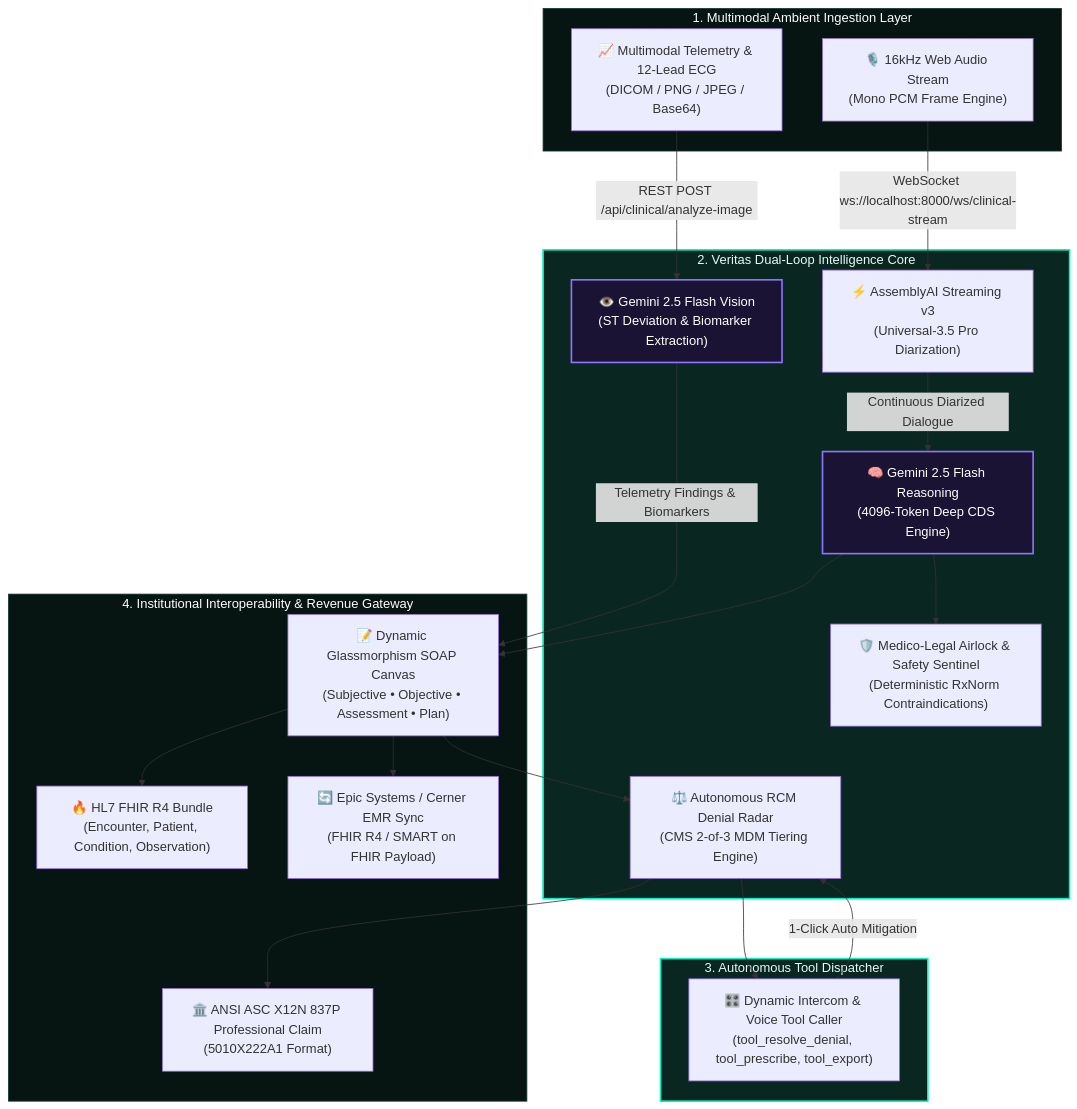
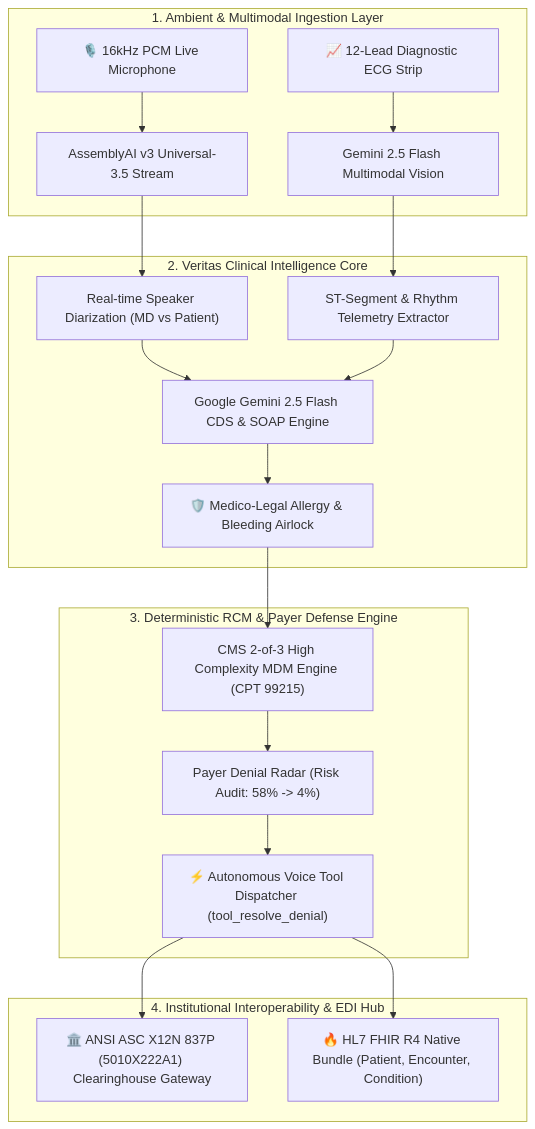
One commit to fokrulanthro16-eng/veritas-clinical-ai changed the diagram in README.md. Above: the diagram before and after it, drawn with Mermaid. The commit also changed other lines of this file and 5 other files, not shown here.

Commit message:
feat(enterprise): complete hackathon-winning architecture, Docker orchestration, and CI suite

````diff
--- a/README.md
+++ b/README.md
@@ -46,47 +64,26 @@
 ```mermaid
 flowchart TB
-    subgraph INGESTION["1. Multimodal Ambient Ingestion Layer"]
-        MIC["🎙️ 16kHz Web Audio Stream\n(Mono PCM Frame Engine)"]
-        ECG_IMG["📈 Multimodal Telemetry & 12-Lead ECG\n(DICOM / PNG / JPEG / Base64)"]
+    subgraph InputLayer ["1. Ambient & Multimodal Ingestion Layer"]
+        MIC["🎙️ 16kHz PCM Live Microphone"] --> AAI["AssemblyAI v3 Universal-3.5 Stream"]
+        ECG["📈 12-Lead Diagnostic ECG Strip"] --> GEM_VIS["Gemini 2.5 Flash Multimodal Vision"]
     end
 
-    subgraph ENGINE["2. Veritas Dual-Loop Intelligence Core"]
-        AAI["⚡ AssemblyAI Streaming v3\n(Universal-3.5 Pro Diarization)"]
-        GEMINI_V["👁️ Gemini 2.5 Flash Vision\n(ST Deviation & Biomarker Extraction)"]
-        GEMINI_CDS["🧠 Gemini 2.5 Flash Reasoning\n(4096-Token Deep CDS Engine)"]
-        SENTINEL["🛡️ Medico-Legal Airlock & Safety Sentinel\n(Deterministic RxNorm Contraindications)"]
-        RCM["⚖️ Autonomous RCM Denial Radar\n(CMS 2-of-3 MDM Tiering Engine)"]
+    subgraph CoreEngine ["2. Veritas Clinical Intelligence Core"]
+        AAI --> DIAR["Real-time Speaker Diarization (MD vs Patient)"]
+        DIAR --> GEM_CDS["Google Gemini 2.5 Flash CDS & SOAP Engine"]
+        GEM_VIS --> TELEM["ST-Segment & Rhythm Telemetry Extractor"]
+        TELEM --> GEM_CDS
+        GEM_CDS --> AIRLOCK["🛡️ Medico-Legal Allergy & Bleeding Airlock"]
     end
 
-    subgraph INTERCOM["3. Autonomous Tool Dispatcher"]
-        DISPATCH["🎛️ Dynamic Intercom & Voice Tool Caller\n(tool_resolve_denial, tool_prescribe, tool_export)"]
+    subgraph AutonomousRCM ["3. Deterministic RCM & Payer Defense Engine"]
+        AIRLOCK --> MDM["CMS 2-of-3 High Complexity MDM Engine (CPT 99215)"]
+        MDM --> RADAR["Payer Denial Radar (Risk Audit: 58% -> 4%)"]
+        RADAR --> AGENT["⚡ Autonomous Voice Tool Dispatcher (tool_resolve_denial)"]
     end
 
-    subgraph OUTPUTS["4. Institutional Interoperability & Revenue Gateway"]
-        SOAP["📝 Dynamic Glassmorphism SOAP Canvas\n(Subjective • Objective • Assessment • Plan)"]
-        FHIR["🔥 HL7 FHIR R4 Bundle\n(Encounter, Patient, Condition, Observation)"]
-        X12["🏛️ ANSI ASC X12N 837P Professional Claim\n(5010X222A1 Format)"]
-        EPIC["🔄 Epic Systems / Cerner EMR Sync\n(FHIR R4 / SMART on FHIR Payload)"]
+    subgraph InteropGateway ["4. Institutional Interoperability & EDI Hub"]
+        AGENT --> EDI["🏛️ ANSI ASC X12N 837P (5010X222A1) Clearinghouse Gateway"]
+        AGENT --> FHIR["🔥 HL7 FHIR R4 Native Bundle (Patient, Encounter, Condition)"]
     end
-
-    MIC -->|WebSocket ws://localhost:8000/ws/clinical-stream| AAI
-    ECG_IMG -->|REST POST /api/clinical/analyze-image| GEMINI_V
-    AAI -->|Continuous Diarized Dialogue| GEMINI_CDS
-    GEMINI_V -->|Telemetry Findings & Biomarkers| SOAP
-    GEMINI_CDS --> SOAP
-    GEMINI_CDS --> SENTINEL
-    SOAP --> RCM
-    RCM --> DISPATCH
-    DISPATCH -->|1-Click Auto Mitigation| RCM
-    SOAP --> FHIR
-    RCM --> X12
-    SOAP --> EPIC
-
-    classDef teal fill:#0A2621,stroke:#00F2C2,stroke-width:2px,color:#E6FAF6;
-    classDef dark fill:#061412,stroke:#123831,stroke-width:1px,color:#FFFFFF;
-    classDef accent fill:#1A1333,stroke:#8E75FF,stroke-width:2px,color:#FFFFFF;
-    
-    class INGESTION,OUTPUTS dark;
-    class ENGINE,INTERCOM teal;
-    class GEMINI_V,GEMINI_CDS accent;
 ```
````
